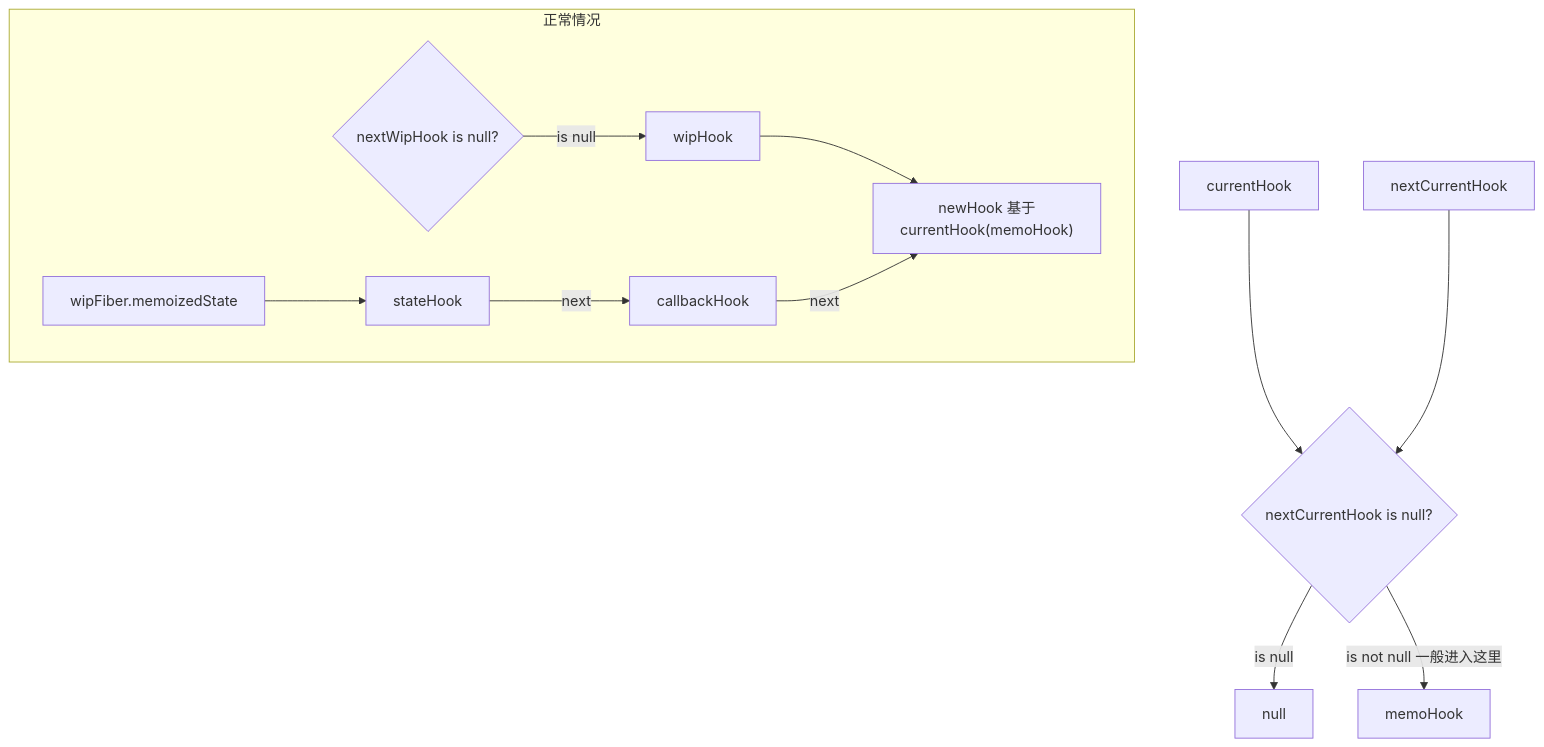
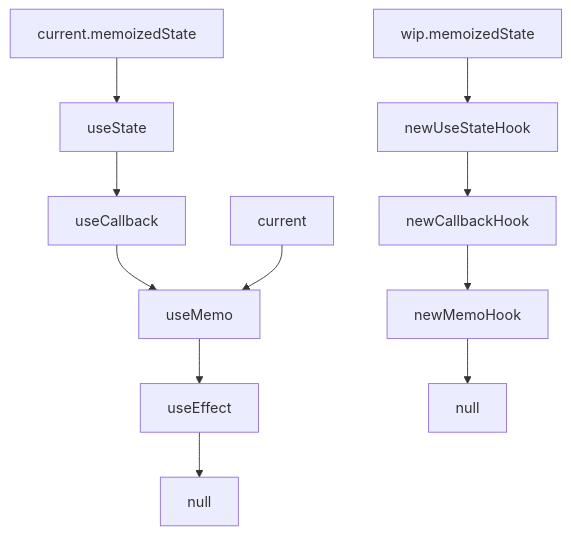
The seventh of 10 diagrams in content/React/Fiber 如何构建 Hook 链表？.md (zhangchuachua/zhangchuachua.github.io), drawn with Mermaid before and after one commit. The commit also changed other lines of this file and 6 other files, not shown here.

````diff
--- a/content/React/Fiber 如何构建 Hook 链表？.md
+++ b/content/React/Fiber 如何构建 Hook 链表？.md
@@ -253,12 +242,6 @@
 ```mermaid
 flowchart TB
-cntHook[currentHook] --> if{nextCurrentHook is null?} --is null--> n1[null]
-if --is not null 一般进入这里--> shook[memoHook]
-nextCntHook[nextCurrentHook] --> if
-
-subgraph 正常情况
-if2{nextWipHook is null?} --is null --> wipHook[wipHook] --> newHook["newHook 基于
-currentHook(memoHook)"]
-wipFiber.memoizedState --> stateHook  --next--> callbackHook --next--> newHook
-end
+    current.memoizedState --> useState --> useCallback --> useMemo --> useEffect --> null
+    current --> useMemo
+    wip.memoizedState --> newUseStateHook --> newCallbackHook --> newMemoHook -->  newNull[null]
 ```
````
